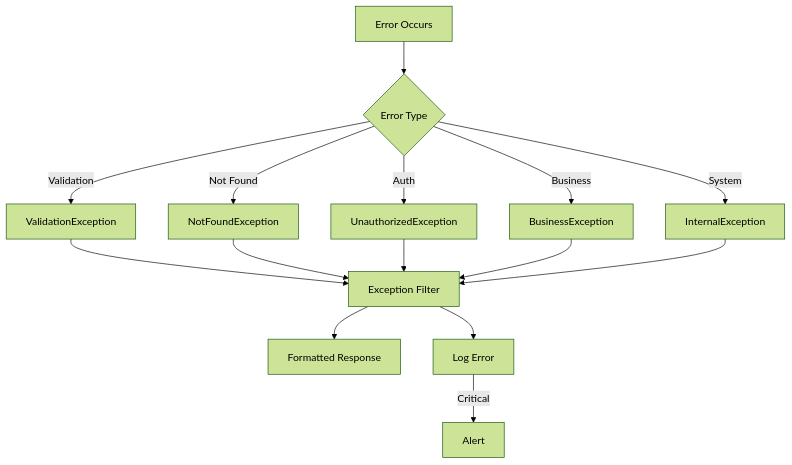
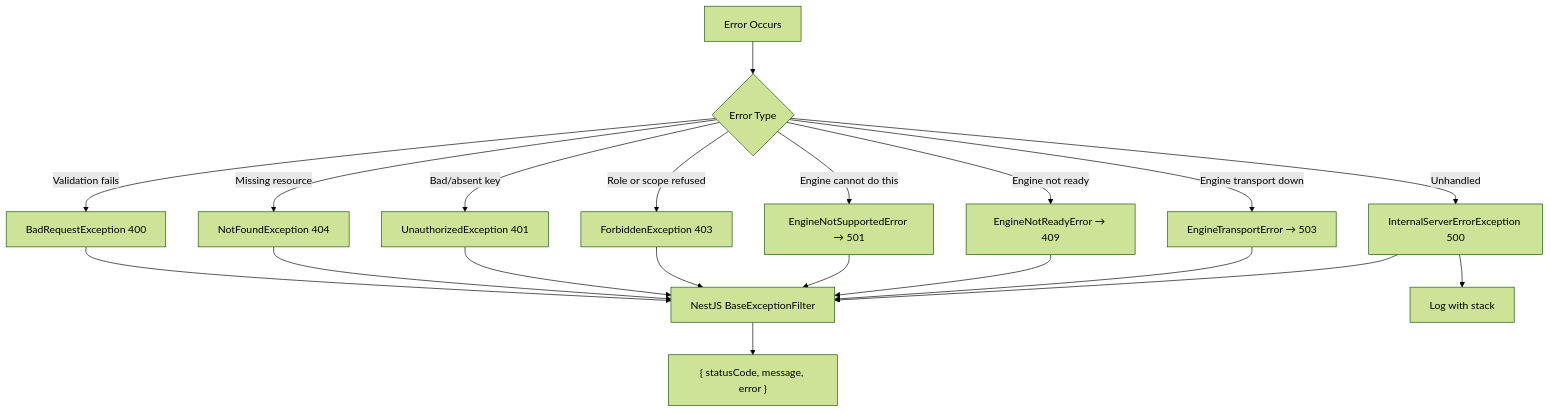
One commit to Carnaval-Team/VentIQ-seller-App changed diagram 18 of 24 in ventiq_admin_app/docs_wapi/03-system-architecture.md. Above: the diagram before and after it, drawn with Mermaid (forest theme). The commit also changed other lines of this file and 39 other files, not shown here.

````diff
--- a/ventiq_admin_app/docs_wapi/03-system-architecture.md
+++ b/ventiq_admin_app/docs_wapi/03-system-architecture.md
@@ -809,21 +760,25 @@
 ```mermaid
 flowchart TB
     E[Error Occurs] --> T{Error Type}
-    
-    T -->|Validation| V[ValidationException]
-    T -->|Not Found| N[NotFoundException]
-    T -->|Auth| A[UnauthorizedException]
-    T -->|Business| B[BusinessException]
-    T -->|System| S[InternalException]
-    
-    V --> F[Exception Filter]
+
+    T -->|Validation fails| V[BadRequestException 400]
+    T -->|Missing resource| N[NotFoundException 404]
+    T -->|Bad/absent key| A[UnauthorizedException 401]
+    T -->|Role or scope refused| FB[ForbiddenException 403]
+    T -->|Engine cannot do this| NI[EngineNotSupportedError → 501]
+    T -->|Engine not ready| C[EngineNotReadyError → 409]
+    T -->|Engine transport down| SU[EngineTransportError → 503]
+    T -->|Unhandled| S[InternalServerErrorException 500]
+
+    V --> F[NestJS BaseExceptionFilter]
     N --> F
     A --> F
-    B --> F
+    FB --> F
+    NI --> F
+    C --> F
+    SU --> F
     S --> F
-    
-    F --> R[Formatted Response]
-    F --> L[Log Error]
-    
-    L -->|Critical| AL[Alert]
+
+    F --> R["{ statusCode, message, error }"]
+    S --> L[Log with stack]
 ```
````
